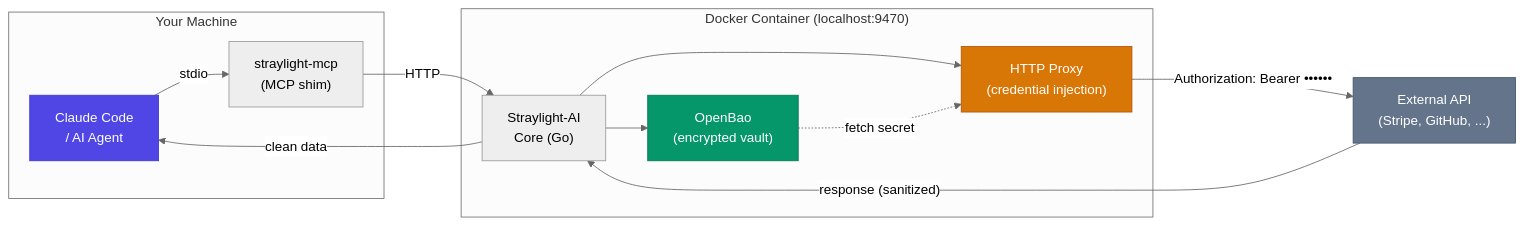
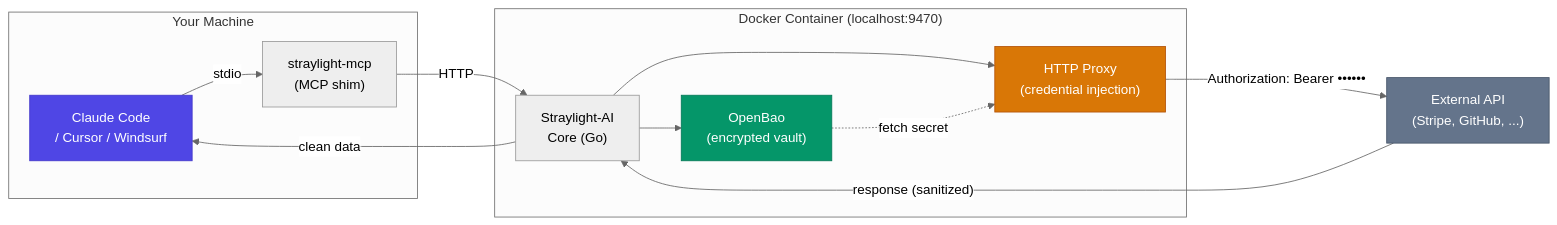
One commit to aj-geddes/straylight-ai changed the first of 2 diagrams in README.md. Above: the diagram before and after it, drawn with Mermaid (neutral theme). The commit also changed other lines of this file, not shown here.

````diff
--- a/README.md
+++ b/README.md
@@ -77,22 +87,22 @@
 ```mermaid
 flowchart LR
     subgraph Host["Your Machine"]
-        A["Claude Code\n/ AI Agent"] -->|stdio| B["straylight-mcp\n(MCP shim)"]
+        A["Claude Code\n/ Cursor / Windsurf"] -->|stdio| B["straylight-mcp\n(MCP shim)"]
     end
 
     subgraph Container["Docker Container (localhost:9470)"]
         B -->|HTTP| C["Straylight-AI\nCore (Go)"]
         C --> D["OpenBao\n(encrypted vault)"]
         C --> E["HTTP Proxy\n(credential injection)"]
         D -.->|"fetch secret"| E
     end
 
     E -->|"Authorization: Bearer ••••••"| F["External API\n(Stripe, GitHub, ...)"]
     F -->|"response (sanitized)"| C
     C -->|"clean data"| A
 
     style A fill:#4f46e5,color:#fff,stroke:#4338ca
     style D fill:#059669,color:#fff,stroke:#047857
     style E fill:#d97706,color:#fff,stroke:#b45309
     style F fill:#64748b,color:#fff,stroke:#475569
 ```
````
